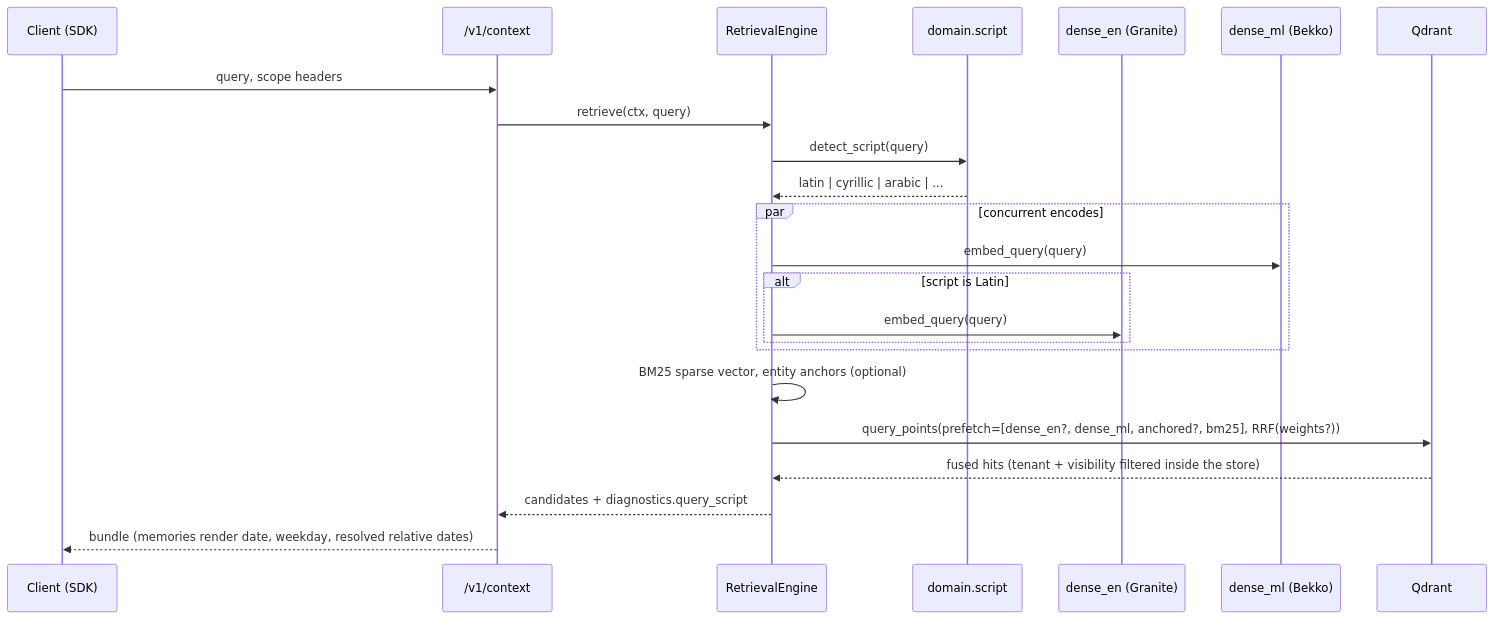
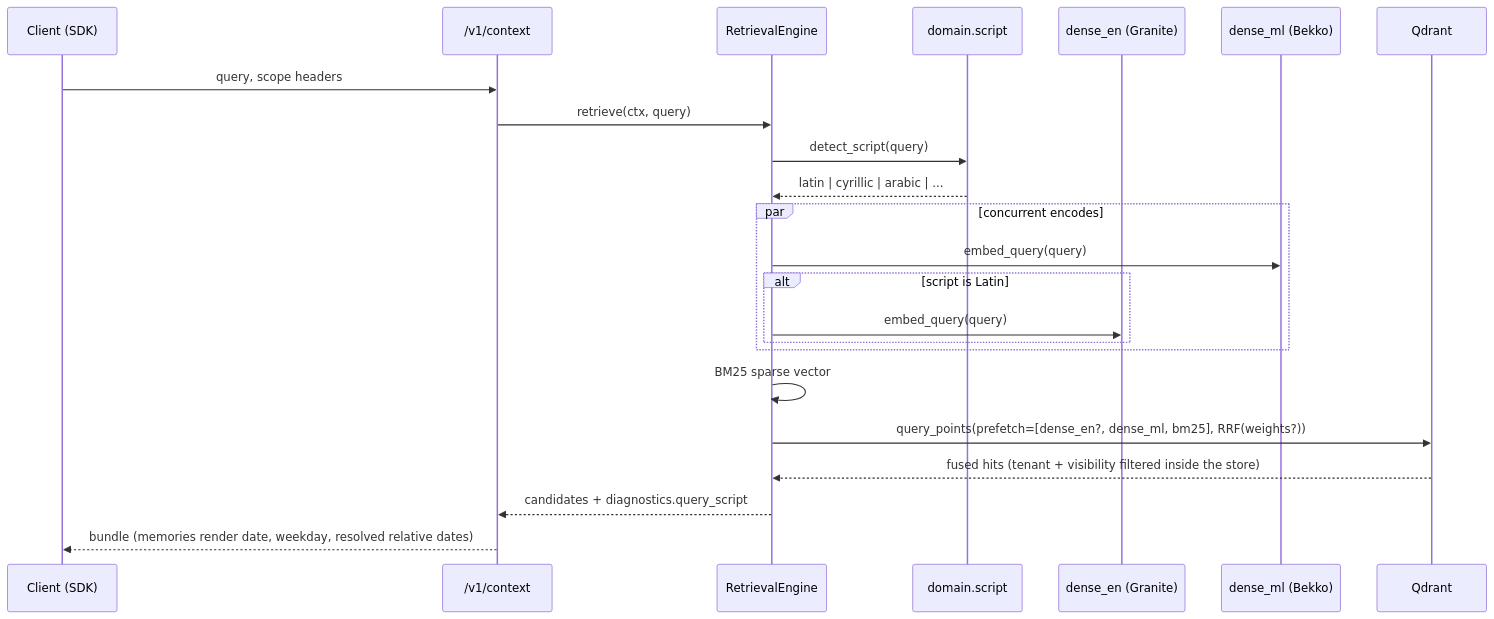
One commit to amitmohapatra/agent-memory-service changed the first of 3 diagrams in docs/MULTILINGUAL-RUNTIME.md. Above: the diagram before and after it, drawn with Mermaid. The commit also changed other lines of this file and 16 other files, not shown here.

First line of the commit message:
Flags decided: memory_entity_search on, the entity prefetch removed

````diff
--- a/docs/MULTILINGUAL-RUNTIME.md
+++ b/docs/MULTILINGUAL-RUNTIME.md
@@ -20,25 +20,25 @@
 ```mermaid
 sequenceDiagram
     participant C as Client (SDK)
     participant API as /v1/context
     participant E as RetrievalEngine
     participant S as domain.script
     participant EN as dense_en (Granite)
     participant ML as dense_ml (Bekko)
     participant Q as Qdrant
     C->>API: query, scope headers
     API->>E: retrieve(ctx, query)
     E->>S: detect_script(query)
     S-->>E: latin | cyrillic | arabic | ...
     par concurrent encodes
         E->>ML: embed_query(query)
         alt script is Latin
             E->>EN: embed_query(query)
         end
     end
-    E->>E: BM25 sparse vector, entity anchors (optional)
-    E->>Q: query_points(prefetch=[dense_en?, dense_ml, anchored?, bm25], RRF(weights?))
+    E->>E: BM25 sparse vector
+    E->>Q: query_points(prefetch=[dense_en?, dense_ml, bm25], RRF(weights?))
     Q-->>E: fused hits (tenant + visibility filtered inside the store)
     E-->>API: candidates + diagnostics.query_script
     API-->>C: bundle (memories render date, weekday, resolved relative dates)
 ```
````
